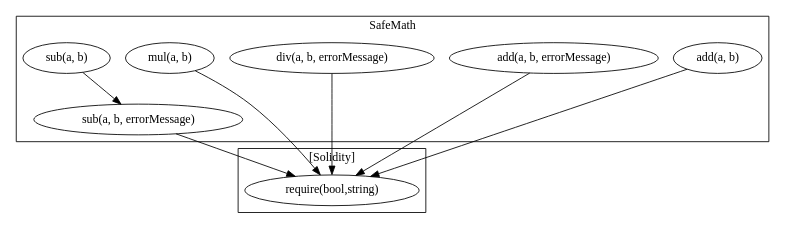
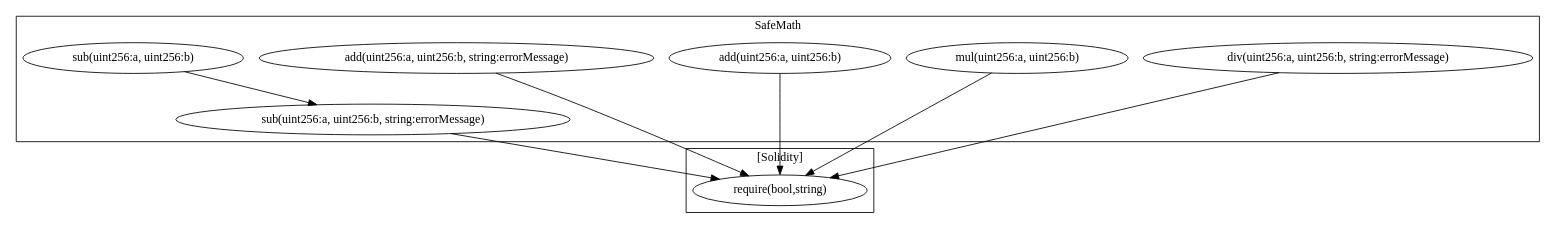
One commit to Shruthaja/Advanced-Topics-software-engineering-6324-001 changed the diagram in test_normal.sol.all_contracts.call-graph.dot. Above: the diagram before and after it, drawn with Graphviz. The commit also changed 3 other files, not shown here.

```diff
--- a/test_normal.sol.all_contracts.call-graph.dot
+++ b/test_normal.sol.all_contracts.call-graph.dot
@@ -1,20 +1,20 @@
 strict digraph {
 subgraph cluster_162_SafeMath {
 label = "SafeMath"
-"162_mul_648fa9b31bc7ff7eb914e7a7180f07e0df0f8467839b1af8902da1d0bead03a2" [label="mul(a, b)"]
-"162_div_eb571a3b16279fdd808dacae85349e7091581dbe85a65bd816aaa6ad2788ee76" [label="div(a, b, errorMessage)"]
-"162_sub_eb571a3b16279fdd808dacae85349e7091581dbe85a65bd816aaa6ad2788ee76" [label="sub(a, b, errorMessage)"]
-"162_add_eb571a3b16279fdd808dacae85349e7091581dbe85a65bd816aaa6ad2788ee76" [label="add(a, b, errorMessage)"]
-"162_sub_648fa9b31bc7ff7eb914e7a7180f07e0df0f8467839b1af8902da1d0bead03a2" [label="sub(a, b)"]
-"162_add_648fa9b31bc7ff7eb914e7a7180f07e0df0f8467839b1af8902da1d0bead03a2" [label="add(a, b)"]
+"162_add_eb571a3b16279fdd808dacae85349e7091581dbe85a65bd816aaa6ad2788ee76" [label="add(uint256:a, uint256:b, string:errorMessage)"]
+"162_add_648fa9b31bc7ff7eb914e7a7180f07e0df0f8467839b1af8902da1d0bead03a2" [label="add(uint256:a, uint256:b)"]
+"162_sub_648fa9b31bc7ff7eb914e7a7180f07e0df0f8467839b1af8902da1d0bead03a2" [label="sub(uint256:a, uint256:b)"]
+"162_sub_eb571a3b16279fdd808dacae85349e7091581dbe85a65bd816aaa6ad2788ee76" [label="sub(uint256:a, uint256:b, string:errorMessage)"]
+"162_mul_648fa9b31bc7ff7eb914e7a7180f07e0df0f8467839b1af8902da1d0bead03a2" [label="mul(uint256:a, uint256:b)"]
+"162_div_eb571a3b16279fdd808dacae85349e7091581dbe85a65bd816aaa6ad2788ee76" [label="div(uint256:a, uint256:b, string:errorMessage)"]
 "162_sub_648fa9b31bc7ff7eb914e7a7180f07e0df0f8467839b1af8902da1d0bead03a2" -> "162_sub_eb571a3b16279fdd808dacae85349e7091581dbe85a65bd816aaa6ad2788ee76"
 }subgraph cluster_solidity {
 label = "[Solidity]"
 "require(bool,string)" 
+"162_div_eb571a3b16279fdd808dacae85349e7091581dbe85a65bd816aaa6ad2788ee76" -> "require(bool,string)"
+"162_add_648fa9b31bc7ff7eb914e7a7180f07e0df0f8467839b1af8902da1d0bead03a2" -> "require(bool,string)"
+"162_sub_eb571a3b16279fdd808dacae85349e7091581dbe85a65bd816aaa6ad2788ee76" -> "require(bool,string)"
+"162_add_eb571a3b16279fdd808dacae85349e7091581dbe85a65bd816aaa6ad2788ee76" -> "require(bool,string)"
 "162_mul_648fa9b31bc7ff7eb914e7a7180f07e0df0f8467839b1af8902da1d0bead03a2" -> "require(bool,string)"
-"162_add_648fa9b31bc7ff7eb914e7a7180f07e0df0f8467839b1af8902da1d0bead03a2" -> "require(bool,string)"
-"162_add_eb571a3b16279fdd808dacae85349e7091581dbe85a65bd816aaa6ad2788ee76" -> "require(bool,string)"
-"162_sub_eb571a3b16279fdd808dacae85349e7091581dbe85a65bd816aaa6ad2788ee76" -> "require(bool,string)"
-"162_div_eb571a3b16279fdd808dacae85349e7091581dbe85a65bd816aaa6ad2788ee76" -> "require(bool,string)"
 }
 }
```
